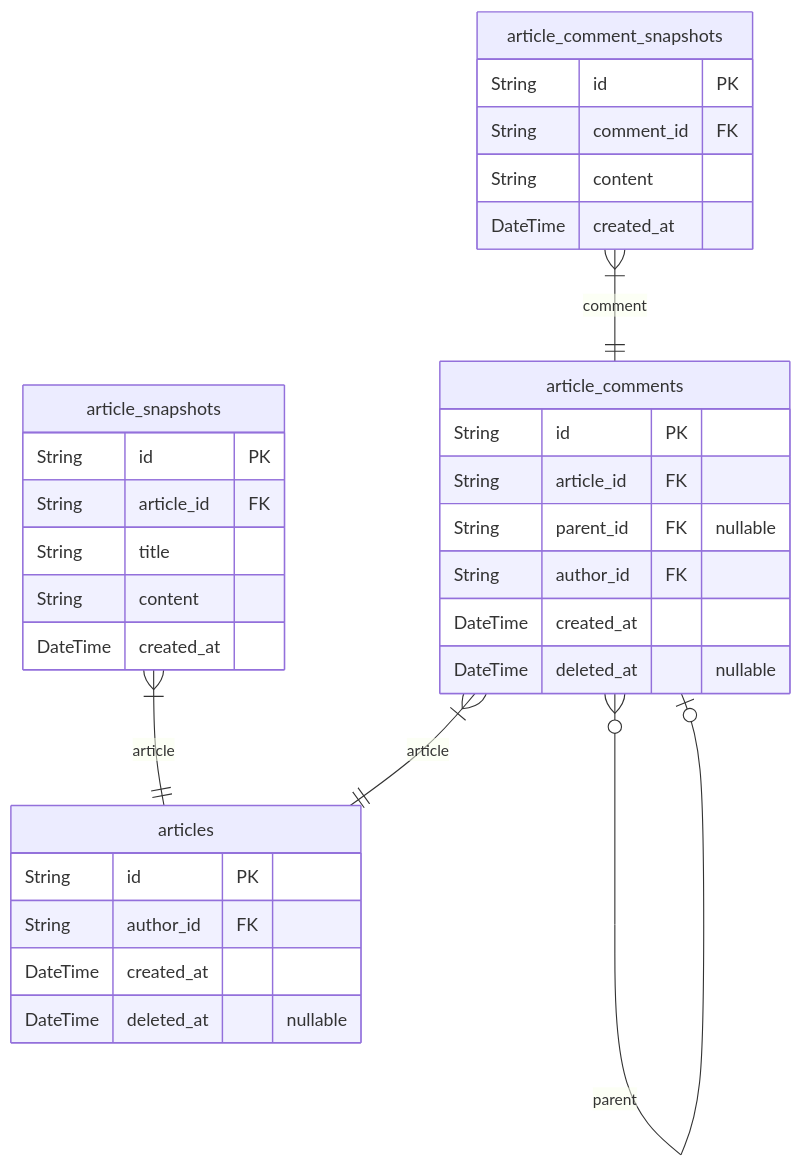
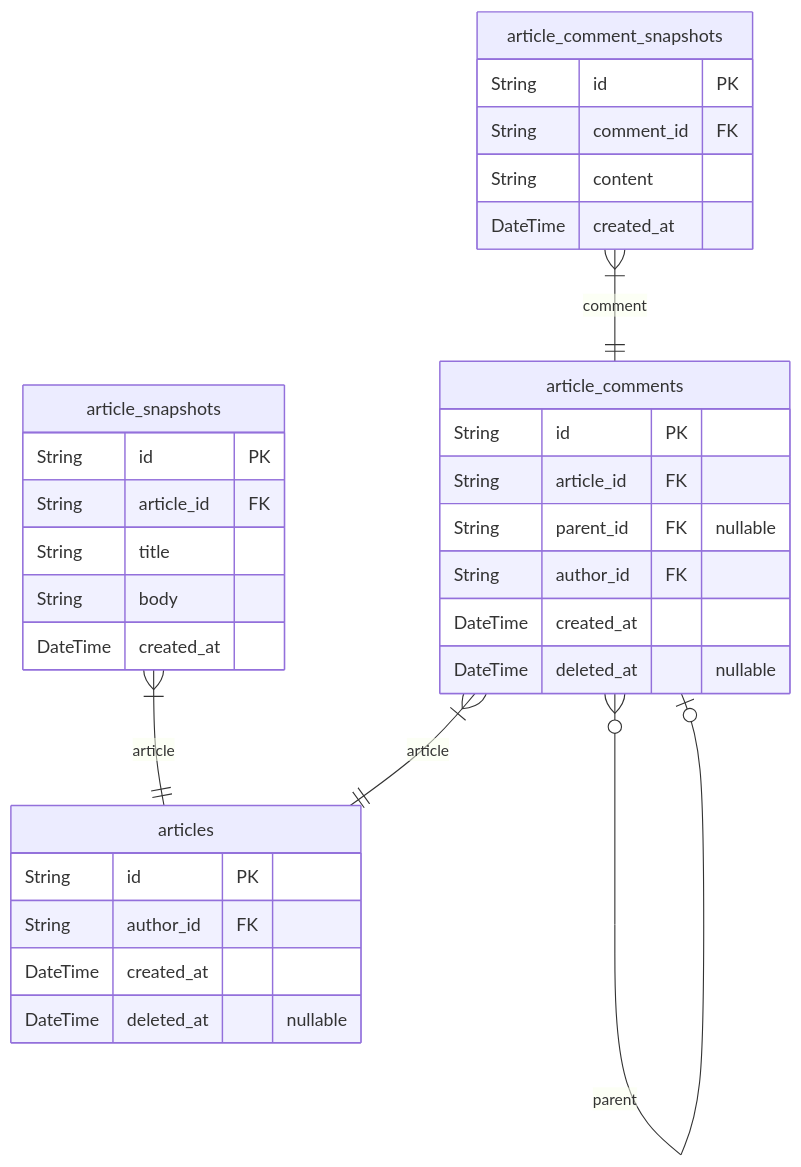
Before and after one commit to rojiwon123/safe-nest-template: the third of 3 diagrams in ERD.md, drawn with Mermaid. The commit also changed other lines of this file and 4 other files, not shown here.

````diff
--- a/ERD.md
+++ b/ERD.md
@@ -178,34 +196,34 @@
 ```mermaid
 erDiagram
 articles {
     String id PK
     String author_id FK
     DateTime created_at
     DateTime deleted_at "nullable"
 }
 article_snapshots {
     String id PK
     String article_id FK
     String title
-    String content
+    String body
     DateTime created_at
 }
 article_comments {
     String id PK
     String article_id FK
     String parent_id FK "nullable"
     String author_id FK
     DateTime created_at
     DateTime deleted_at "nullable"
 }
 article_comment_snapshots {
     String id PK
     String comment_id FK
     String content
     DateTime created_at
 }
 article_snapshots }|--|| articles : article
 article_comments }|--|| articles : article
 article_comments }o--o| article_comments : parent
 article_comment_snapshots }|--|| article_comments : comment
 ```
````
